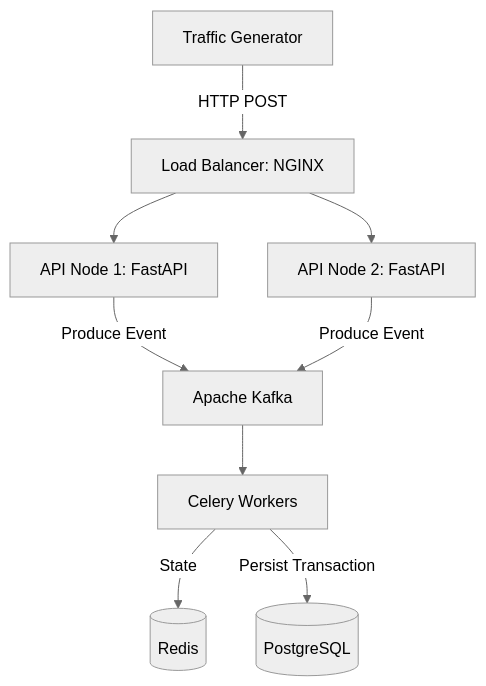
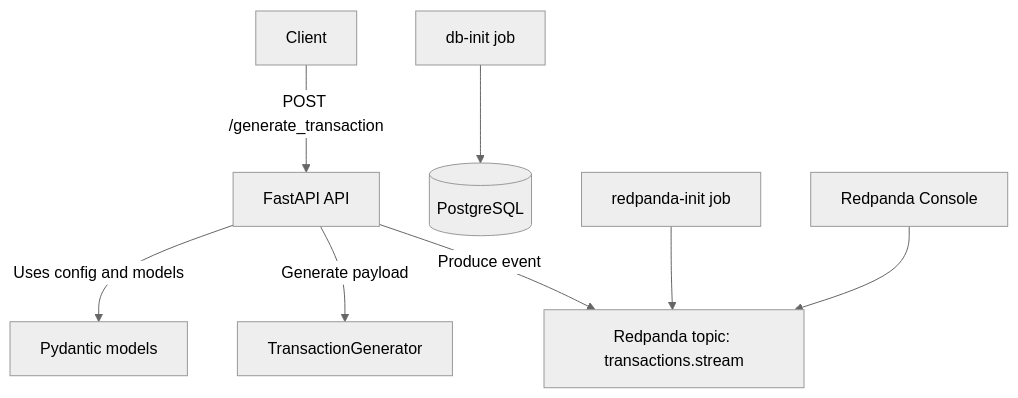
One commit to Yosesotomayor/finance-stream-engine changed the diagram in README.md. Above: the diagram before and after it, drawn with Mermaid (neutral theme). The commit also changed other lines of this file, not shown here.

````diff
--- a/README.md
+++ b/README.md
@@ -9,12 +7,10 @@
 ```mermaid
 flowchart TD
-    A[Traffic Generator] -->|HTTP POST| B[Load Balancer: NGINX]
-    B --> C1[API Node 1: FastAPI]
-    B --> C2[API Node 2: FastAPI]
-
-    C1 -->|Produce Event| D[Apache Kafka]
-    C2 -->|Produce Event| D
-    D --> E[Celery Workers]
-    E -->|State| G[(Redis)]
-    E -->|Persist Transaction| F[(PostgreSQL)]
+    A[Client] -->|POST /generate_transaction| B[FastAPI API]
+    B -->|Generate payload| C[TransactionGenerator]
+    B -->|Produce event| D[Redpanda topic: transactions.stream]
+    B -->|Uses config and models| E[Pydantic models]
+    F[db-init job] --> G[(PostgreSQL)]
+    H[redpanda-init job] --> D
+    I[Redpanda Console] --> D
 ```
````
